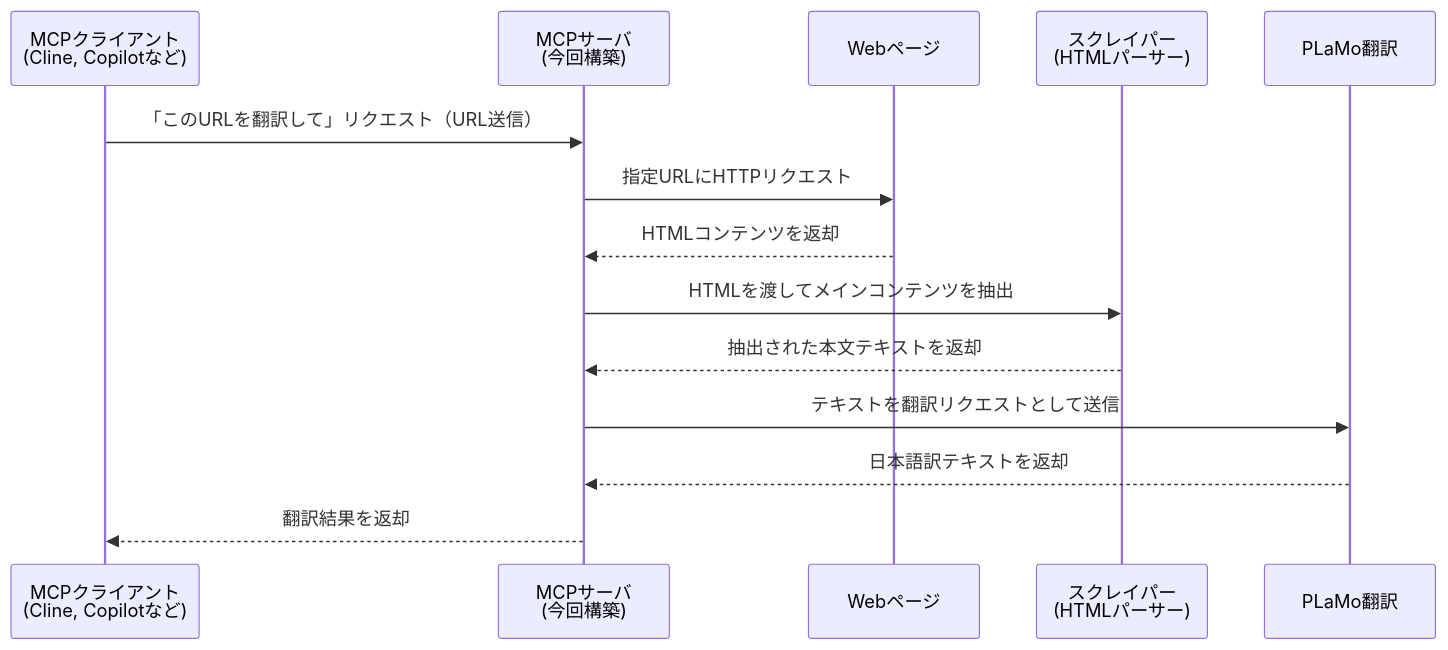
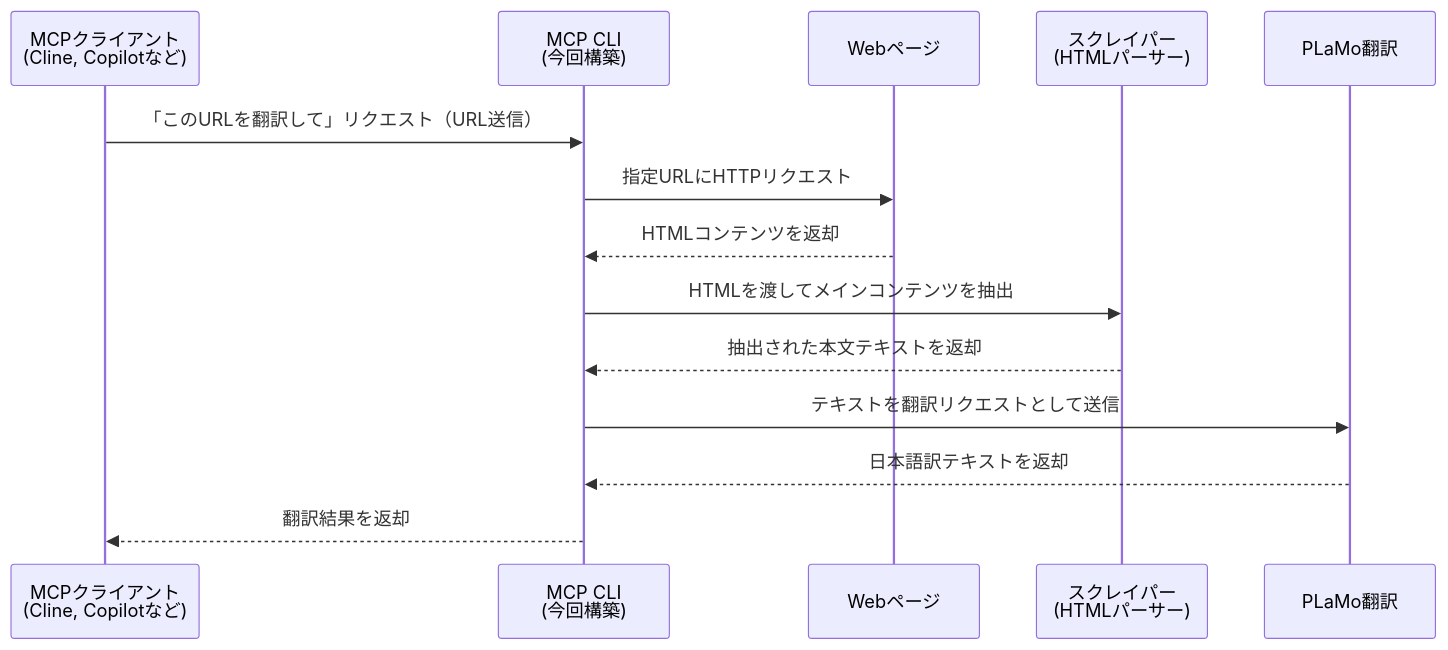
One commit to warau-uichi/plamo-translate changed the diagram in docs/DesignDoc.md. Above: the diagram before and after it, drawn with Mermaid. The commit also changed other lines of this file, not shown here.

Commit message:
docs: update design for CLI workflow

````diff
--- a/docs/DesignDoc.md
+++ b/docs/DesignDoc.md
@@ -23,17 +23,17 @@
 ```mermaid
 sequenceDiagram
     participant User as MCPクライアント<br/>(Cline, Copilotなど)
-    participant MCP as MCPサーバ<br/>(今回構築)
+    participant MCP as MCP CLI<br/>(今回構築)
     participant Web as Webページ
     participant Scraper as スクレイパー<br/>(HTMLパーサー)
     participant PLaMo as PLaMo翻訳
 
     User->>MCP: 「このURLを翻訳して」リクエスト（URL送信）
     MCP->>Web: 指定URLにHTTPリクエスト
     Web-->>MCP: HTMLコンテンツを返却
     MCP->>Scraper: HTMLを渡してメインコンテンツを抽出
     Scraper-->>MCP: 抽出された本文テキストを返却
     MCP->>PLaMo: テキストを翻訳リクエストとして送信
     PLaMo-->>MCP: 日本語訳テキストを返却
     MCP-->>User: 翻訳結果を返却
 ```
````
